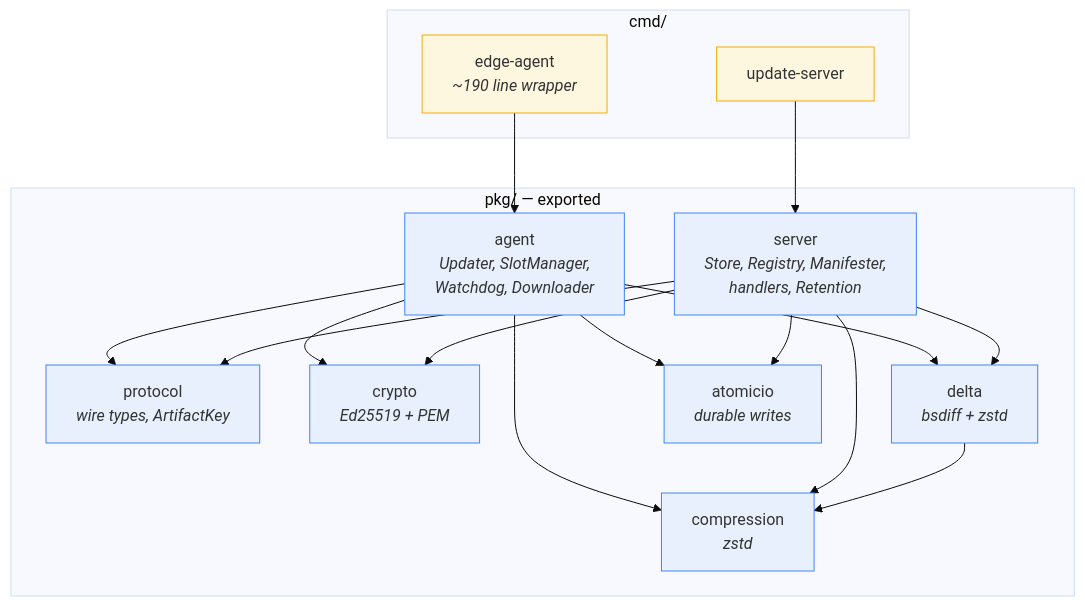
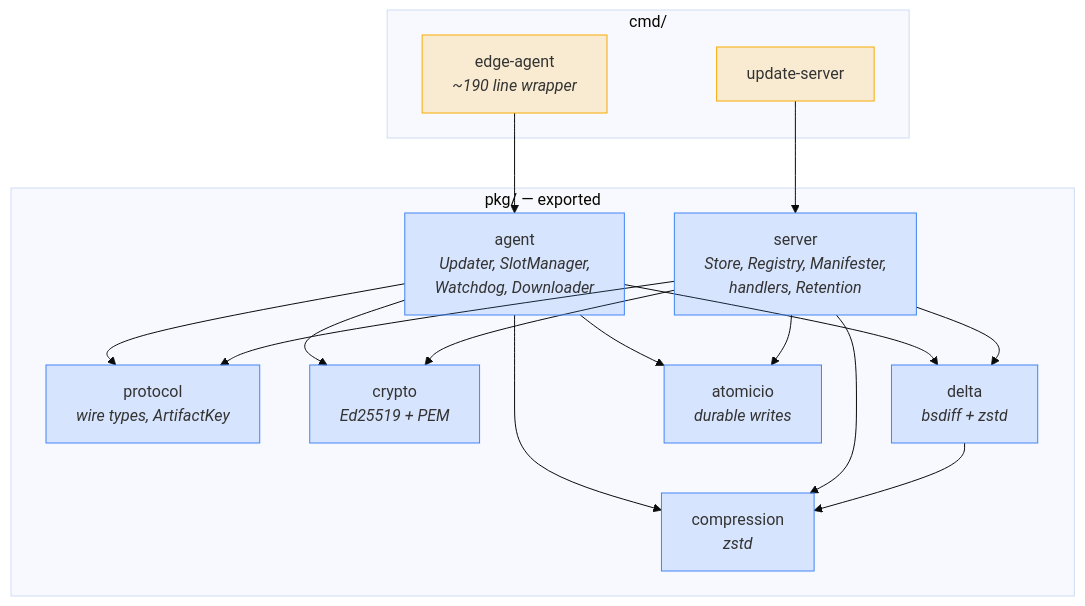
One commit to carlosprados/ota-updater changed the first of 5 diagrams in site/content/architecture/_index.md. Above: the diagram before and after it, drawn with Mermaid (base theme). The commit also changed other lines of this file and 13 other files, not shown here.

First line of the commit message:
fix(docs): broken diagram, unreadable colours, duplicated H1, footer links

````diff
--- a/site/content/architecture/_index.md
+++ b/site/content/architecture/_index.md
@@ -15,28 +13,28 @@
 ```mermaid
 flowchart TB
     subgraph CMD["cmd/"]
         EA["edge-agent<br/><i>~190 line wrapper</i>"]
         US["update-server"]
     end
 
     subgraph PKG["pkg/ — exported"]
         AGENT["agent<br/><i>Updater, SlotManager,<br/>Watchdog, Downloader</i>"]
         SERVER["server<br/><i>Store, Registry, Manifester,<br/>handlers, Retention</i>"]
         PROTO["protocol<br/><i>wire types, ArtifactKey</i>"]
         CRYPTO["crypto<br/><i>Ed25519 + PEM</i>"]
         DELTA["delta<br/><i>bsdiff + zstd</i>"]
         COMP["compression<br/><i>zstd</i>"]
         AIO["atomicio<br/><i>durable writes</i>"]
     end
 
     EA --> AGENT
     US --> SERVER
     AGENT --> PROTO & CRYPTO & DELTA & COMP & AIO
     SERVER --> PROTO & CRYPTO & DELTA & COMP & AIO
     DELTA --> COMP
 
-    classDef entry fill:#fef7e0,stroke:#f9ab00
-    classDef lib fill:#e8f0fe,stroke:#4285f4
+    classDef entry fill:#f9ab002e,stroke:#f9ab00
+    classDef lib fill:#4285f42e,stroke:#4285f4
     class EA,US entry
     class AGENT,SERVER,PROTO,CRYPTO,DELTA,COMP,AIO lib
 ```
````
